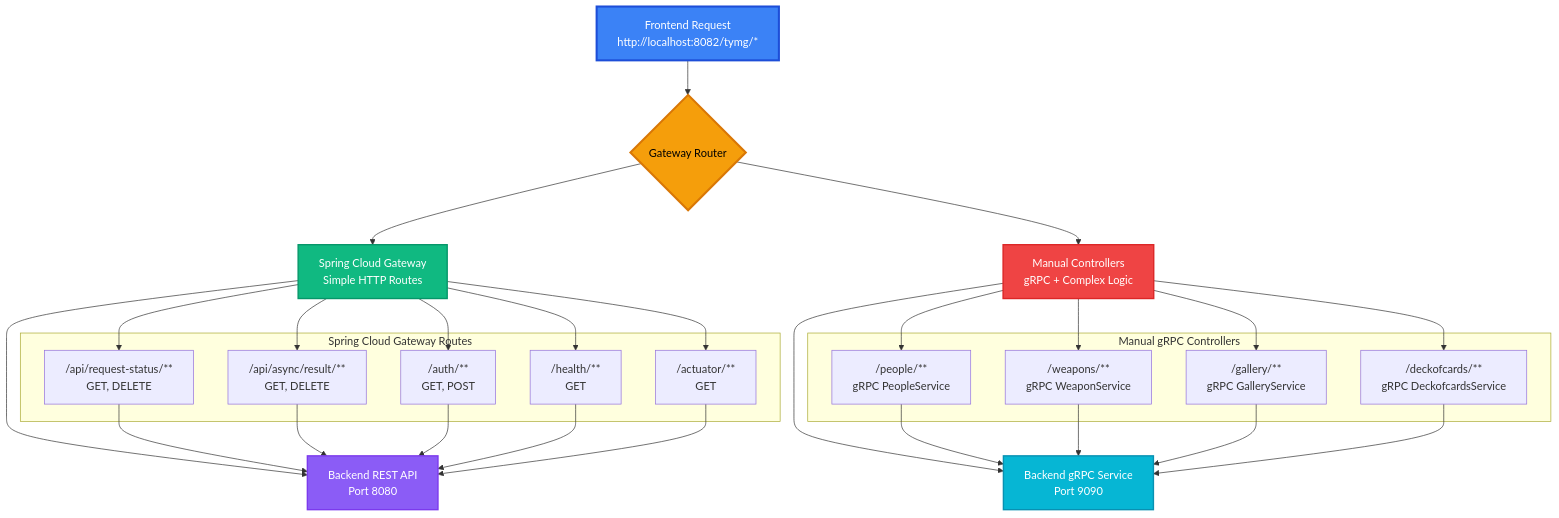
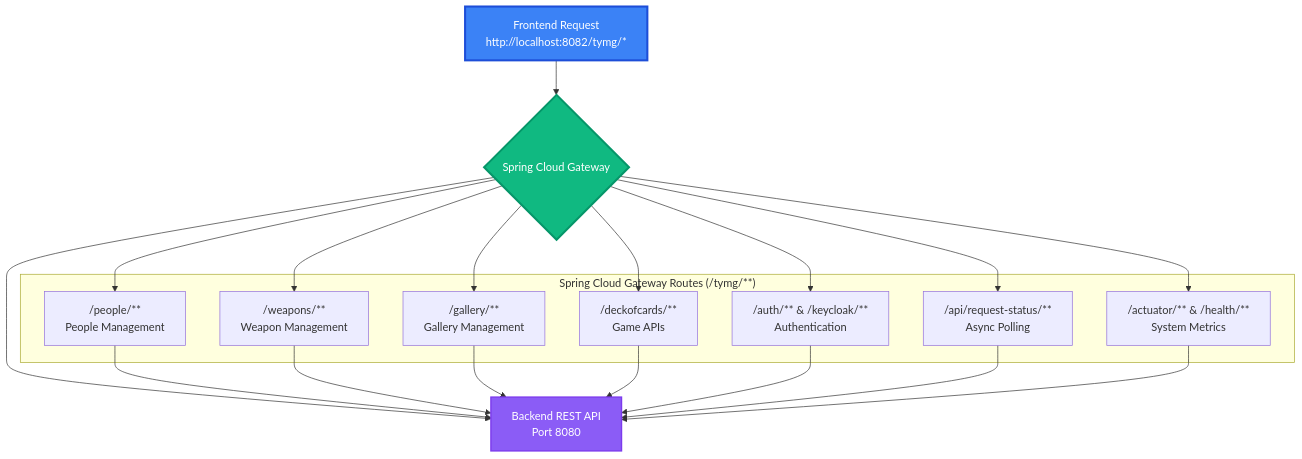
Before and after one commit to Vinskao/ty-multiverse: the seventh of 13 diagrams in README.md, drawn with Mermaid. The commit also changed other lines of this file, not shown here.

````diff
--- a/README.md
+++ b/README.md
@@ -367,59 +561,40 @@
 ```mermaid
 graph TD
-    A[Frontend Request<br/>http://localhost:8082/tymg/*] --> B{Gateway Router}
+    A[Frontend Request<br/>http://localhost:8082/tymg/*] --> B{Spring Cloud Gateway}
 
-    B --> C[Spring Cloud Gateway<br/>Simple HTTP Routes]
-    B --> D[Manual Controllers<br/>gRPC + Complex Logic]
+    B --> C[Backend REST API<br/>Port 8080]
 
-    C --> E[Backend REST API<br/>Port 8080]
-    D --> F[Backend gRPC Service<br/>Port 9090]
-
-    subgraph "Spring Cloud Gateway Routes"
-        G["/api/request-status/**<br/>GET, DELETE"]
-        H["/api/async/result/**<br/>GET, DELETE"]
-        I["/auth/**<br/>GET, POST"]
-        J["/health/**<br/>GET"]
-        K["/actuator/**<br/>GET"]
+    subgraph "Spring Cloud Gateway Routes (/tymg/**)"
+        D["/people/**<br/>People Management"]
+        E["/weapons/**<br/>Weapon Management"]
+        F["/gallery/**<br/>Gallery Management"]
+        G["/deckofcards/**<br/>Game APIs"]
+        H["/auth/** & /keycloak/**<br/>Authentication"]
+        I["/api/request-status/**<br/>Async Polling"]
+        J["/actuator/** & /health/**<br/>System Metrics"]
     end
 
-    subgraph "Manual gRPC Controllers"
-        L["/people/**<br/>gRPC PeopleService"]
-        M["/weapons/**<br/>gRPC WeaponService"]
-        N["/gallery/**<br/>gRPC GalleryService"]
-        O["/deckofcards/**<br/>gRPC DeckofcardsService"]
-    end
+    B --> D
+    B --> E
+    B --> F
+    B --> G
+    B --> H
+    B --> I
+    B --> J
 
-    C --> G
-    C --> H
-    C --> I
-    C --> J
-    C --> K
-
-    D --> L
-    D --> M
-    D --> N
-    D --> O
-
-    G --> E
-    H --> E
-    I --> E
-    J --> E
-    K --> E
-
-    L --> F
-    M --> F
-    N --> F
-    O --> F
+    D --> C
+    E --> C
+    F --> C
+    G --> C
+    H --> C
+    I --> C
+    J --> C
 
     %% Styling
     style A fill:#3b82f6,stroke:#1d4ed8,stroke-width:3px,color:#ffffff
-    style B fill:#f59e0b,stroke:#d97706,stroke-width:3px,color:#000000
-    style C fill:#10b981,stroke:#059669,stroke-width:2px,color:#ffffff
-    style D fill:#ef4444,stroke:#dc2626,stroke-width:2px,color:#ffffff
-    style E fill:#8b5cf6,stroke:#7c3aed,stroke-width:2px,color:#ffffff
-    style F fill:#06b6d4,stroke:#0891b2,stroke-width:2px,color:#ffffff
+    style B fill:#10b981,stroke:#059669,stroke-width:3px,color:#ffffff
+    style C fill:#8b5cf6,stroke:#7c3aed,stroke-width:2px,color:#ffffff
 
     %% Subgraph styling
     classDef gatewayGroup fill:#f0fdf4,stroke:#86efac,stroke-width:2px
-    classDef manualGroup fill:#fef3c7,stroke:#f59e0b,stroke-width:2px
 ```
````
